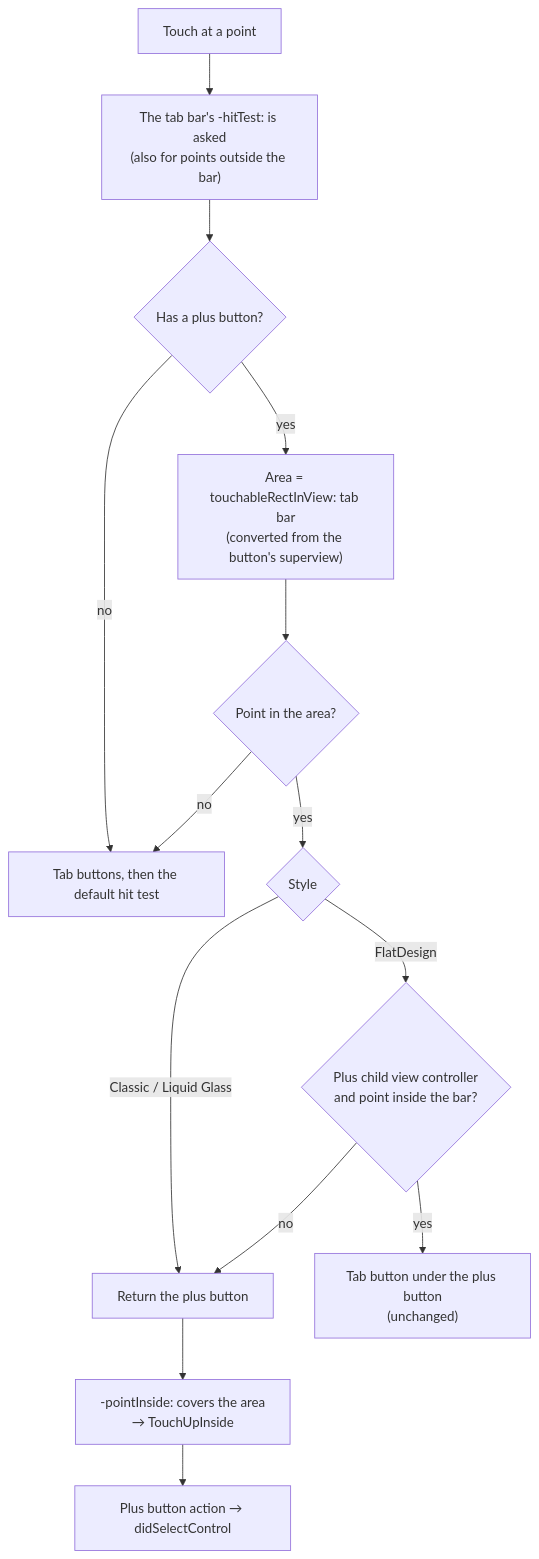
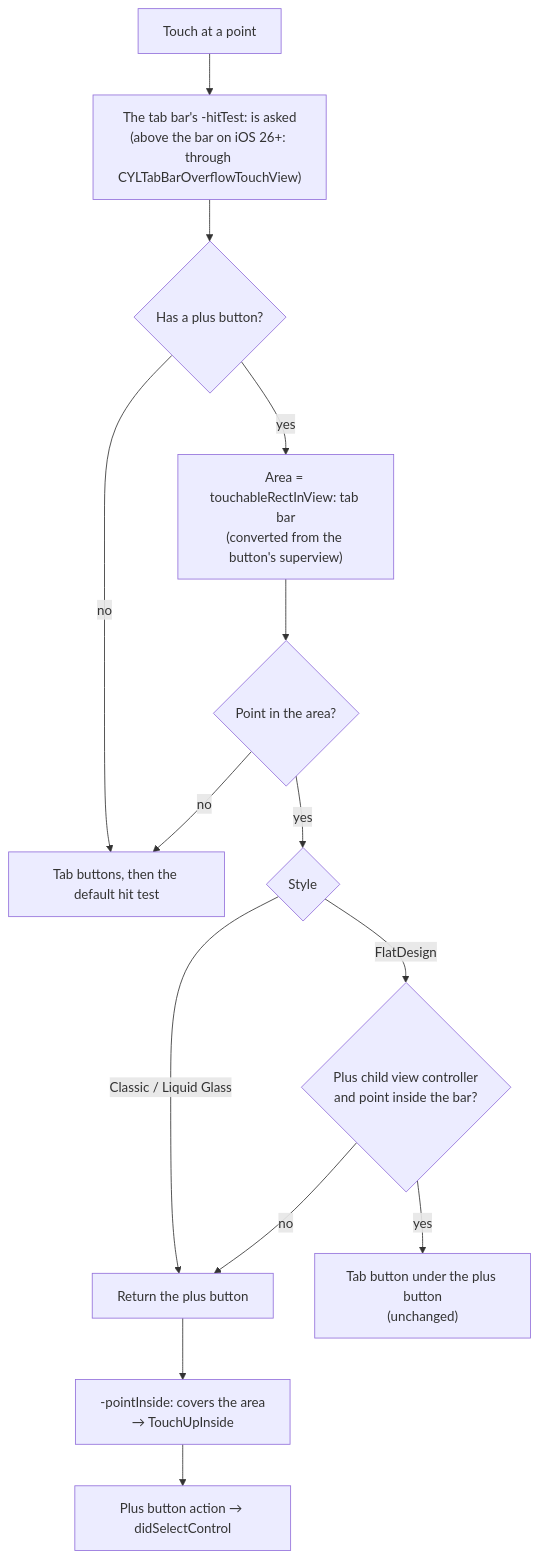
Before and after one commit to ChenYilong/CYLTabBarController: the second of 2 diagrams in docs/PlusButton-Touchable-Area.md, drawn with Mermaid. The commit also changed other lines of this file and 1251 other files, not shown here.

First line of the commit message:
feat: ✨ Android tab bar styles: FlatDesign translated from iOS, Liquid Glass after AndroidLiquidGlass (#786)

````diff
--- a/docs/PlusButton-Touchable-Area.md
+++ b/docs/PlusButton-Touchable-Area.md
@@ -112,16 +112,16 @@
 ```mermaid
 flowchart TD
-    touch["Touch at a point"] --> ask["The tab bar's -hitTest: is asked<br/>(also for points outside the bar)"]
+    touch["Touch at a point"] --> ask["The tab bar's -hitTest: is asked<br/>(above the bar on iOS 26+: through CYLTabBarOverflowTouchView)"]
     ask --> hasPlus{"Has a plus button?"}
     hasPlus -- no --> tabs["Tab buttons, then the default hit test"]
     hasPlus -- yes --> convert["Area = touchableRectInView: tab bar<br/>(converted from the button's superview)"]
     convert --> inArea{"Point in the area?"}
     inArea -- no --> tabs
     inArea -- yes --> pickStyle{"Style"}
     pickStyle -- "Classic / Liquid Glass" --> plus["Return the plus button"]
     pickStyle -- FlatDesign --> child{"Plus child view controller<br/>and point inside the bar?"}
     child -- yes --> under["Tab button under the plus button<br/>(unchanged)"]
     child -- no --> plus
     plus --> up["-pointInside: covers the area<br/>→ TouchUpInside"]
     up --> act["Plus button action → didSelectControl"]
 ```
````
